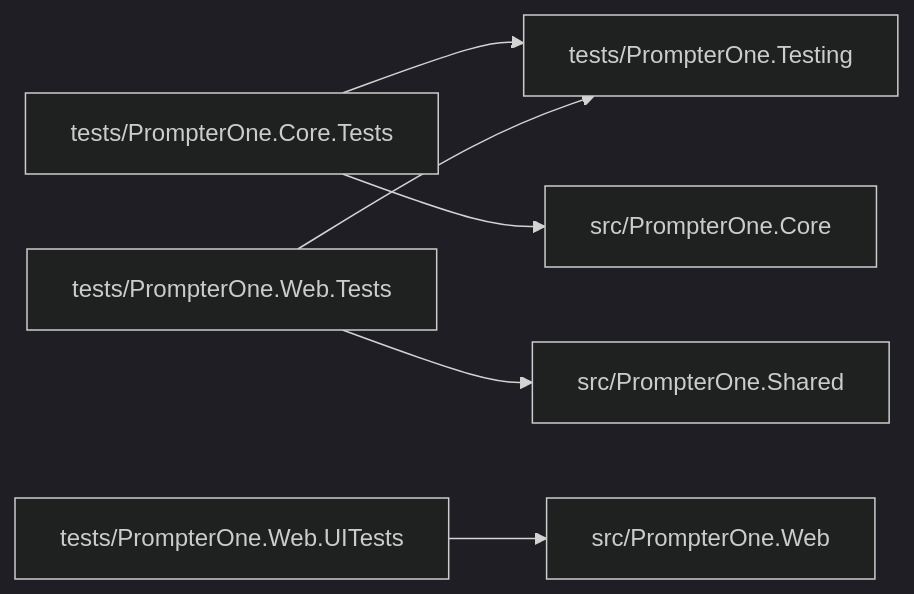
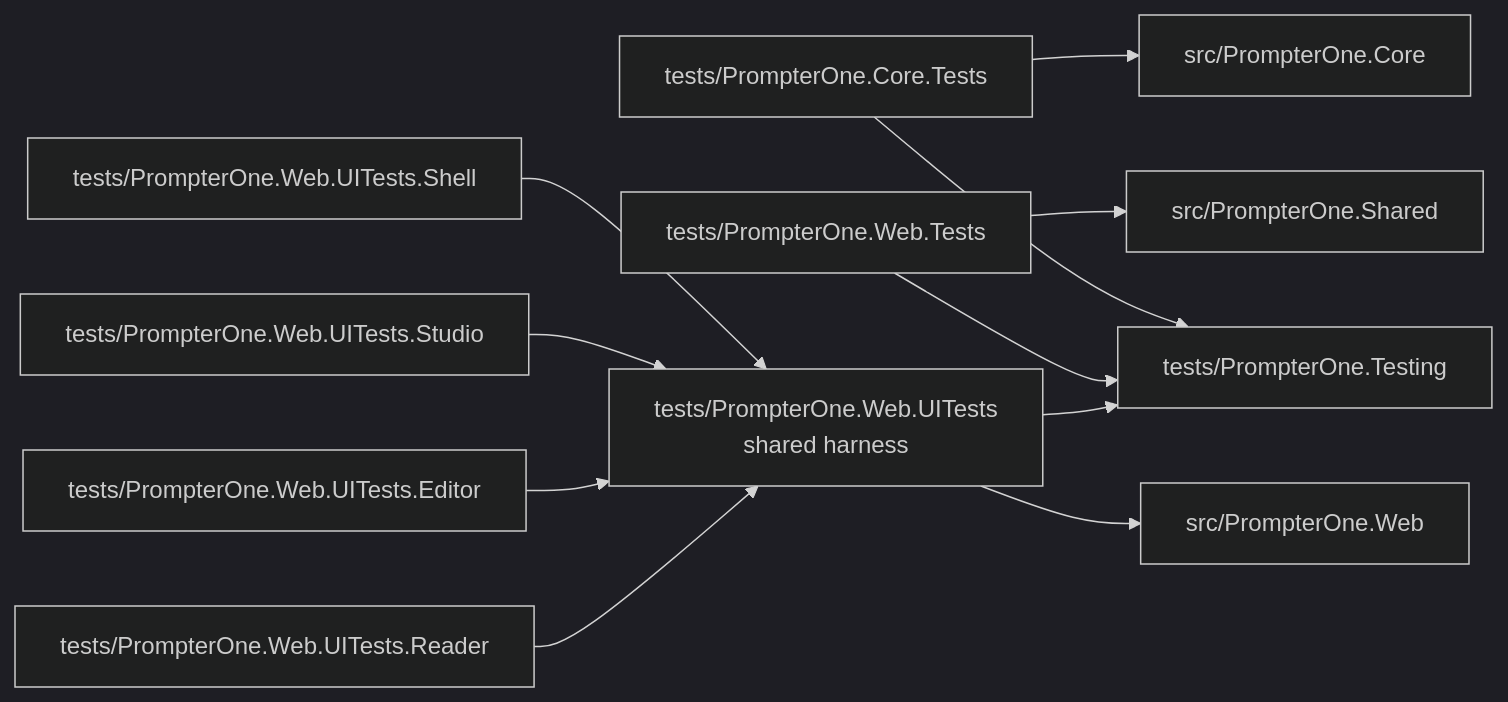
Diagram 14 of 14 in docs/Architecture.md (managedcode/PrompterLive), drawn with Mermaid (dark theme) before and after one commit. The commit also changed other lines of this file and 116 other files, not shown here.

````diff
--- a/docs/Architecture.md
+++ b/docs/Architecture.md
@@ -539,13 +545,22 @@
 ```mermaid
 flowchart LR
     TestSupport["tests/PrompterOne.Testing"]
     CoreTests["tests/PrompterOne.Core.Tests"]
     AppTests["tests/PrompterOne.Web.Tests"]
-    UiTests["tests/PrompterOne.Web.UITests"]
+    UiBase["tests/PrompterOne.Web.UITests<br/>shared harness"]
+    UiShell["tests/PrompterOne.Web.UITests.Shell"]
+    UiStudio["tests/PrompterOne.Web.UITests.Studio"]
+    UiEditor["tests/PrompterOne.Web.UITests.Editor"]
+    UiReader["tests/PrompterOne.Web.UITests.Reader"]
 
     CoreTests --> TestSupport
     AppTests --> TestSupport
+    UiBase --> TestSupport
     CoreTests --> Core["src/PrompterOne.Core"]
     AppTests --> Shared["src/PrompterOne.Shared"]
-    UiTests --> App["src/PrompterOne.Web"]
+    UiShell --> UiBase
+    UiStudio --> UiBase
+    UiEditor --> UiBase
+    UiReader --> UiBase
+    UiBase --> App["src/PrompterOne.Web"]
 ```
````
